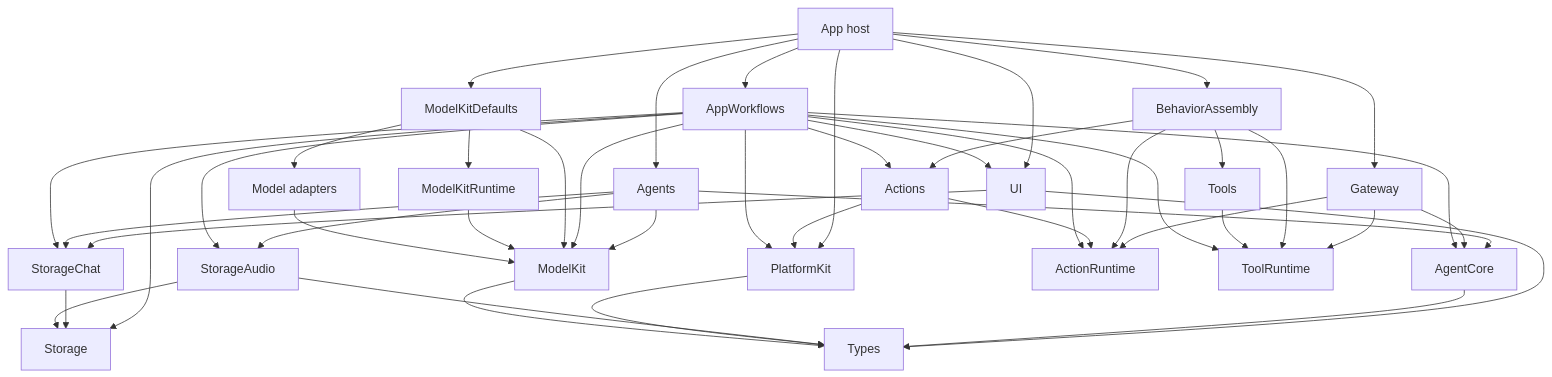
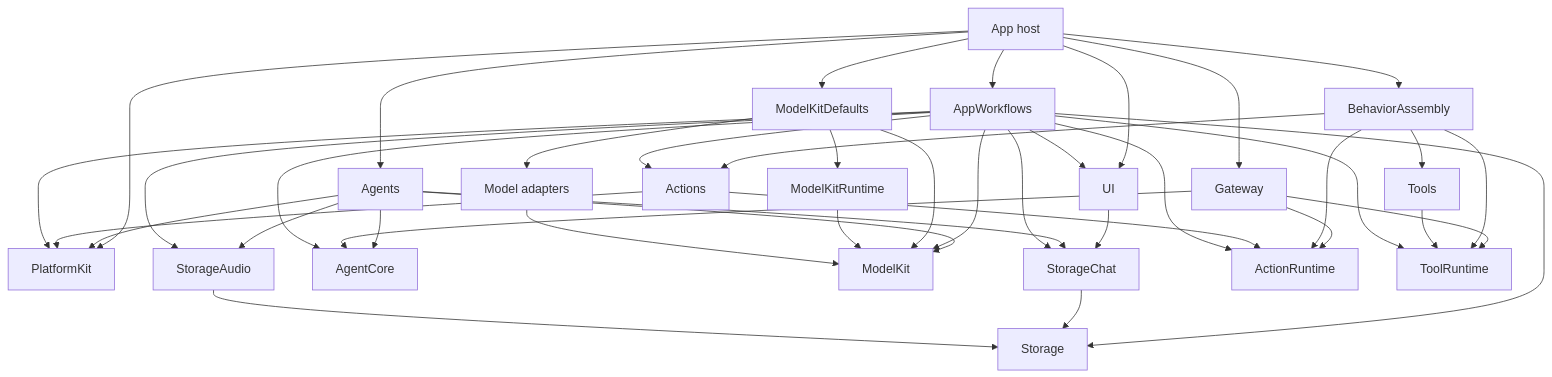
Before and after one commit to devilyouwei/MobileHarness: the third of 15 diagrams in MobileHarness/README.md, drawn with Mermaid. The commit also changed other lines of this file and 100 other files, not shown here.

````diff
--- a/MobileHarness/README.md
+++ b/MobileHarness/README.md
@@ -98,53 +98,49 @@
 ```mermaid
 flowchart TB
     App[App host] --> Agents
     App --> Gateway
     App --> Assembly[BehaviorAssembly]
     App --> Workflows[AppWorkflows]
     App --> Defaults[ModelKitDefaults]
     App --> UI
     App --> PlatformKit
 
-    UI --> Types
     UI --> StorageChat
 
     Agents --> AgentCore
-    AgentCore --> Types
+    Agents --> PlatformKit
     Agents --> ModelKit
     Agents --> StorageChat
     Agents --> StorageAudio
 
     Gateway --> AgentCore
     Gateway --> ActionRuntime
     Gateway --> ToolRuntime
 
     Assembly --> Actions
     Assembly --> Tools
     Assembly --> ActionRuntime
     Assembly --> ToolRuntime
     Actions --> ActionRuntime
     Actions --> PlatformKit
     Tools --> ToolRuntime
 
     Workflows --> UI
     Workflows --> Storage
     Workflows --> StorageChat
     Workflows --> StorageAudio
     Workflows --> ModelKit
     Workflows --> PlatformKit
     Workflows --> Actions
     Workflows --> AgentCore
     Workflows --> ActionRuntime
     Workflows --> ToolRuntime
 
     StorageChat --> Storage
     StorageAudio --> Storage
-    StorageAudio --> Types
-    PlatformKit --> Types
-    ModelKit --> Types
     Defaults --> ModelKit
     Defaults --> ModelKitRuntime
     Defaults --> Adapters[Model adapters]
     ModelKitRuntime --> ModelKit
     Adapters --> ModelKit
 ```
````
